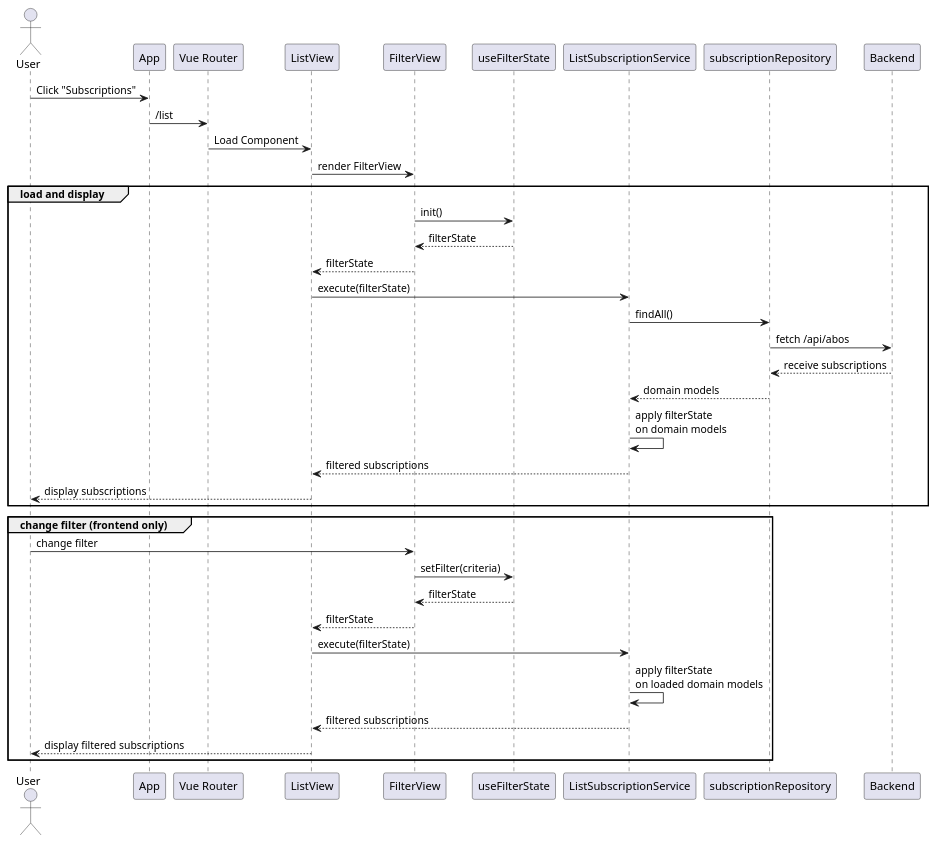
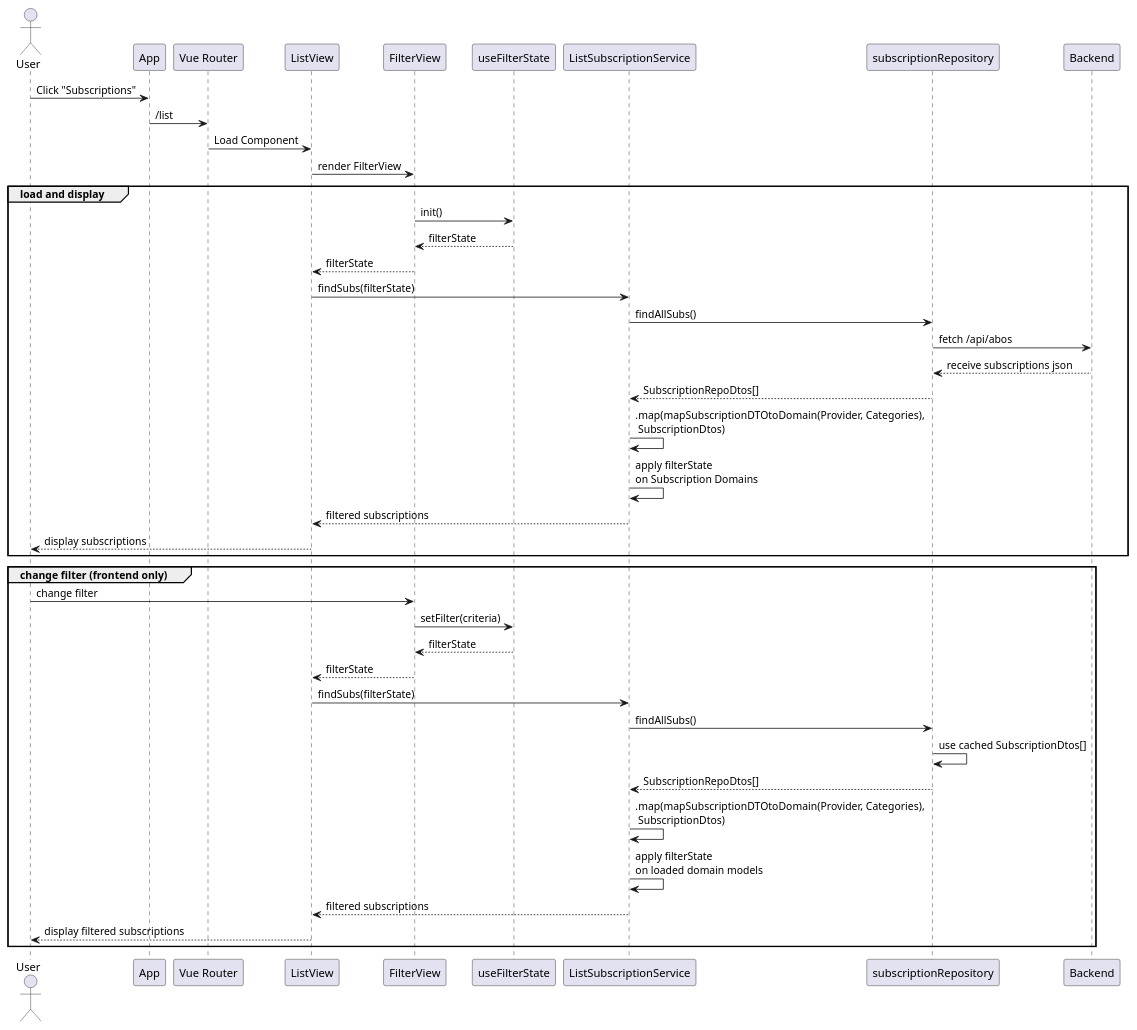
The diagram in docs/technical/praktikum/sequence_diagram_filter.plantuml (SE-Team-E1/SE-SubscriptionGuard), drawn with PlantUML before and after one commit. The commit also changed 1 other file, not shown here.

Commit message:
Praktika PlantUML Update

```diff
--- a/docs/technical/praktikum/sequence_diagram_filter.plantuml
+++ b/docs/technical/praktikum/sequence_diagram_filter.plantuml
@@ -1,66 +1,76 @@
 @startuml list-filter-sequence-diagram
 
 'skinparam responseMessageBelowArrow true
 'autonumber
 
 actor User as u01
 participant "App" as c00
 participant "Vue Router" as c01
 participant "ListView" as c02
 participant "FilterView" as c03
 participant "useFilterState" as c07
 participant "ListSubscriptionService" as c04
 participant "subscriptionRepository" as c05
 participant "Backend" as c06
 
 u01 -> c00: Click "Subscriptions"
 
 c00 -> c01: /list
 
 c01 -> c02: Load Component
 
 c02 -> c03: render FilterView
 
 group load and display
     c03 -> c07: init()
 
     c07 --> c03: filterState
 
     c03 --> c02: filterState
 
-    c02 -> c04: execute(filterState)
+    c02 -> c04: findSubs(filterState)
 
-    c04 -> c05: findAll()
+    c04 -> c05: findAllSubs()
 
     c05 -> c06: fetch /api/abos
 
-    c06 --> c05: receive subscriptions
+    c06 --> c05: receive subscriptions json
 
-    c05 --> c04: domain models
+    c05 --> c04: SubscriptionRepoDtos[]
 
-    c04 -> c04: apply filterState\non domain models
+    c04 -> c04: .map(mapSubscriptionDTOtoDomain(Provider, Categories), \n SubscriptionDtos)
+
+    c04 -> c04: apply filterState\non Subscription Domains
 
     c04 --> c02: filtered subscriptions
 
     c02 --> u01: display subscriptions
 end
 
 group change filter (frontend only)
     u01 -> c03: change filter
 
     c03 -> c07: setFilter(criteria)
 
     c07 --> c03: filterState
 
     c03 --> c02: filterState
 
-    c02 -> c04: execute(filterState)
+    c02 -> c04: findSubs(filterState)
+
+    c04 -> c05: findAllSubs()
+
+    c05 -> c05: use cached SubscriptionDtos[]
+
+    c05 --> c04: SubscriptionRepoDtos[]
+
+    c04 -> c04: .map(mapSubscriptionDTOtoDomain(Provider, Categories), \n SubscriptionDtos)
 
     c04 -> c04: apply filterState\non loaded domain models
 
     c04 --> c02: filtered subscriptions
 
     c02 --> u01: display filtered subscriptions
 end
 
 @enduml
```
